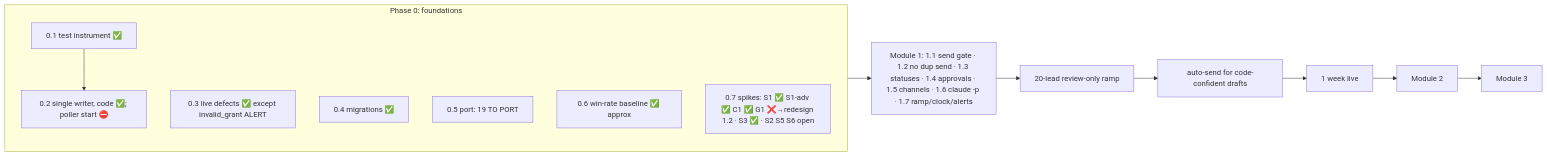
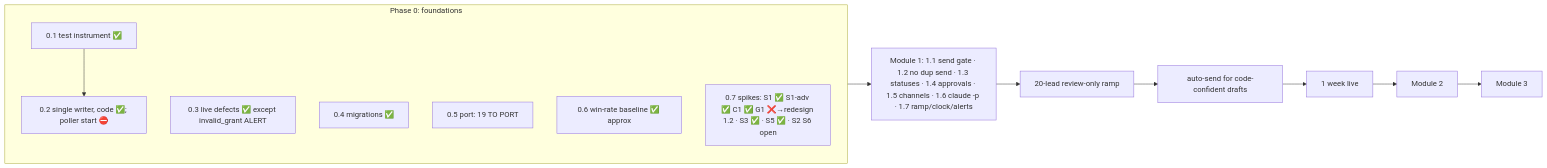
One commit to SDGuitarist/gig-lead-responder changed the diagram in docs/END-TO-END-STATUS.md. Above: the diagram before and after it, drawn with Mermaid. The commit also changed other lines of this file and 2 other files, not shown here.

First line of the commit message:
docs(spikes): S5 PASSED — Gmail token valid 7d16h after production sign-in (refresh exercised)

````diff
--- a/docs/END-TO-END-STATUS.md
+++ b/docs/END-TO-END-STATUS.md
@@ -23,13 +23,13 @@
 ```mermaid
 flowchart LR
   subgraph P0[Phase 0: foundations]
     A01[0.1 test instrument ✅] --> A02[0.2 single writer, code ✅; poller start ⛔]
     A03[0.3 live defects ✅ except invalid_grant ALERT]
     A04[0.4 migrations ✅]
     A05[0.5 port: 19 TO PORT]
     A06[0.6 win-rate baseline ✅ approx]
-    A07[0.7 spikes: S1 ✅ S1-adv ✅ C1 ✅ G1 ❌→redesign 1.2 · S3 ✅ · S2 S5 S6 open]
+    A07[0.7 spikes: S1 ✅ S1-adv ✅ C1 ✅ G1 ❌→redesign 1.2 · S3 ✅ · S5 ✅ · S2 S6 open]
   end
   P0 --> M1[Module 1: 1.1 send gate · 1.2 no dup send · 1.3 statuses · 1.4 approvals · 1.5 channels · 1.6 claude -p · 1.7 ramp/clock/alerts]
   M1 --> R[20-lead review-only ramp] --> AS[auto-send for code-confident drafts] --> W[1 week live] --> M2[Module 2] --> M3[Module 3]
 ```
````
